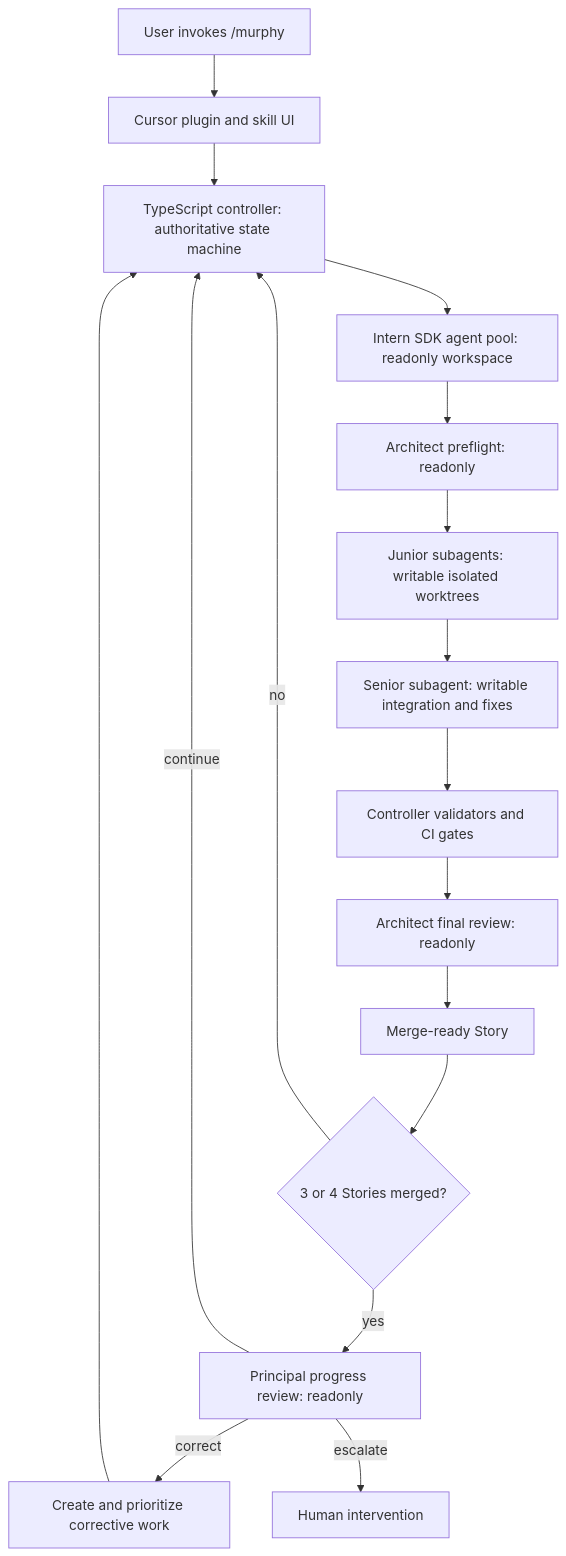
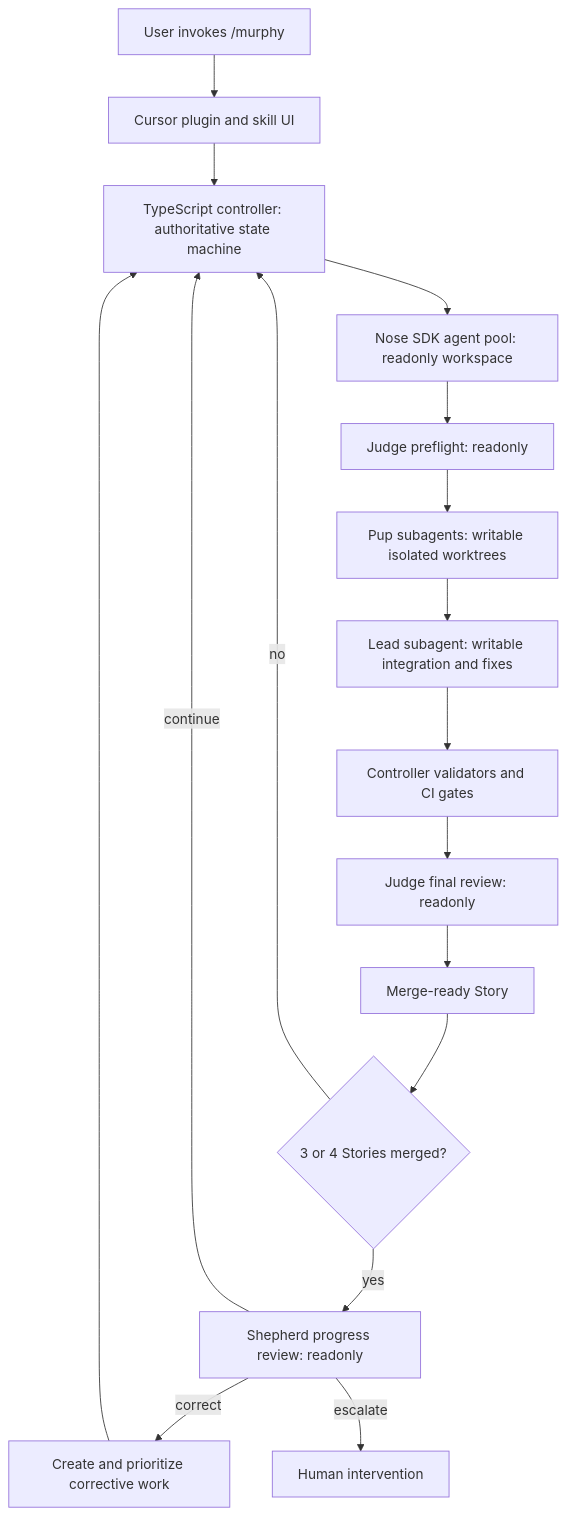
One commit to jaylamping/murphy-agent-kit changed the second of 2 diagrams in README.md. Above: the diagram before and after it, drawn with Mermaid. The commit also changed other lines of this file and 44 other files, not shown here.

````diff
--- a/README.md
+++ b/README.md
@@ -30,19 +30,19 @@
 ```mermaid
 flowchart TD
   User["User invokes /murphy"] --> Plugin["Cursor plugin and skill UI"]
   Plugin --> Controller["TypeScript controller: authoritative state machine"]
-  Controller --> Discovery["Intern SDK agent pool: readonly workspace"]
-  Discovery --> ArchitectPreflight["Architect preflight: readonly"]
-  ArchitectPreflight --> Juniors["Junior subagents: writable isolated worktrees"]
-  Juniors --> Senior["Senior subagent: writable integration and fixes"]
-  Senior --> CI["Controller validators and CI gates"]
-  CI --> ArchitectReview["Architect final review: readonly"]
-  ArchitectReview --> StoryMerge["Merge-ready Story"]
+  Controller --> Discovery["Nose SDK agent pool: readonly workspace"]
+  Discovery --> JudgePreflight["Judge preflight: readonly"]
+  JudgePreflight --> Pups["Pup subagents: writable isolated worktrees"]
+  Pups --> Lead["Lead subagent: writable integration and fixes"]
+  Lead --> CI["Controller validators and CI gates"]
+  CI --> JudgeReview["Judge final review: readonly"]
+  JudgeReview --> StoryMerge["Merge-ready Story"]
   StoryMerge --> BatchCount{"3 or 4 Stories merged?"}
   BatchCount -->|no| Controller
-  BatchCount -->|yes| Principal["Principal progress review: readonly"]
-  Principal -->|continue| Controller
-  Principal -->|correct| Corrections["Create and prioritize corrective work"]
+  BatchCount -->|yes| Shepherd["Shepherd progress review: readonly"]
+  Shepherd -->|continue| Controller
+  Shepherd -->|correct| Corrections["Create and prioritize corrective work"]
   Corrections --> Controller
-  Principal -->|escalate| Human["Human intervention"]
+  Shepherd -->|escalate| Human["Human intervention"]
 ```
````
